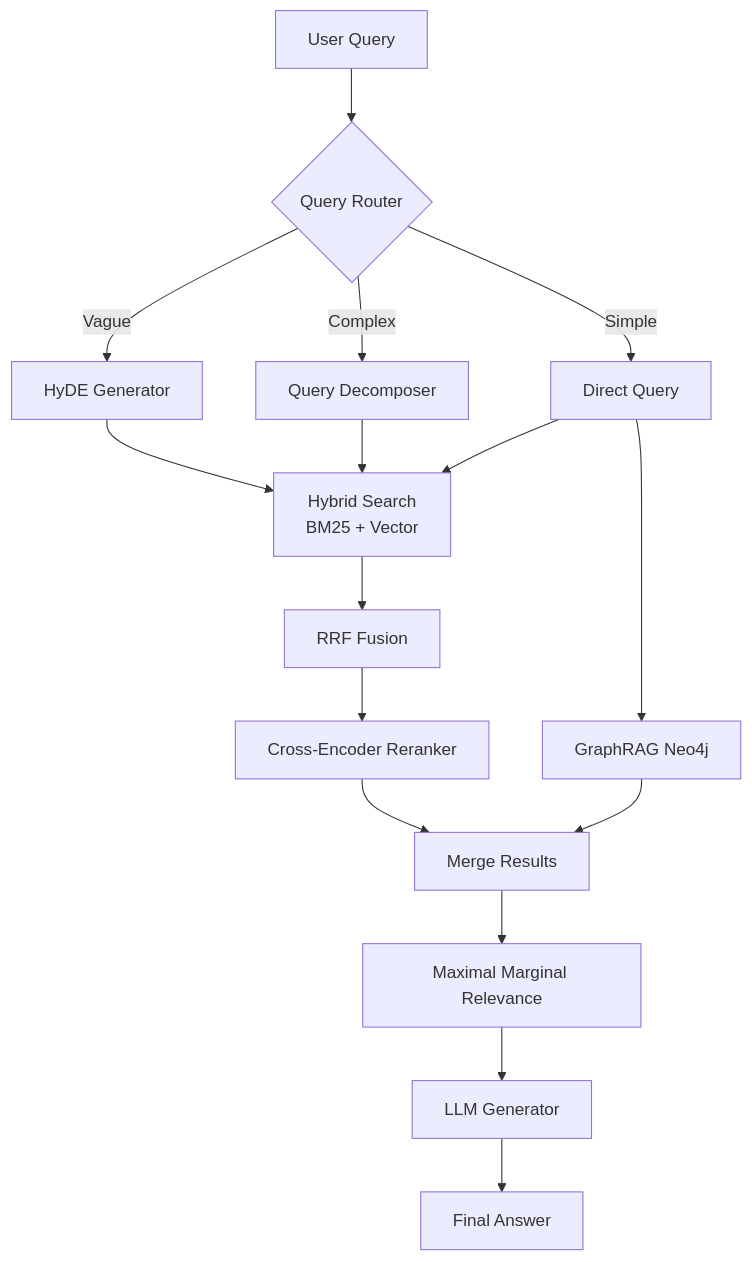
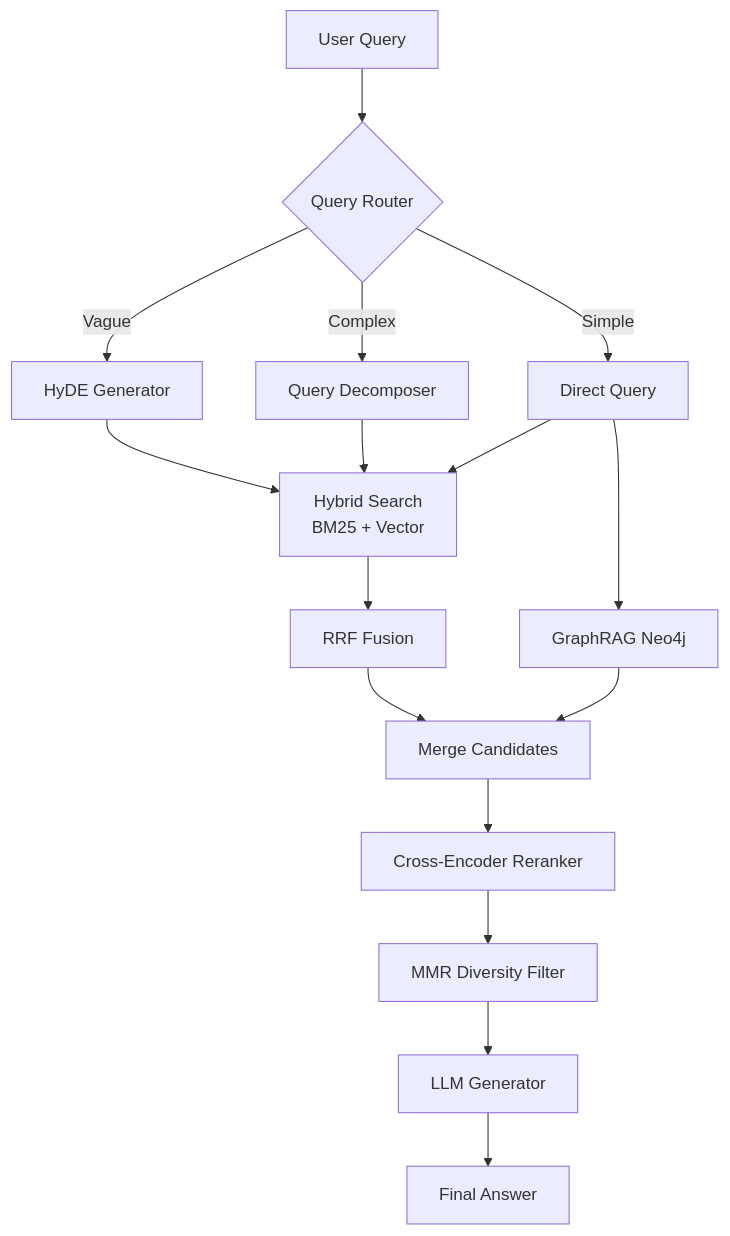
Before and after one commit to BaoNguyenz/Enterprise_RAG_system: the diagram in document_implement_plan/report_engineering.md, drawn with Mermaid. The commit also changed 1 other file, not shown here.

Commit message:
docs: correct Mermaid architecture diagrams to show Graph merging before reranking

````diff
--- a/document_implement_plan/report_engineering.md
+++ b/document_implement_plan/report_engineering.md
@@ -14,22 +14,22 @@
 ```mermaid
 graph TD
     UserQuery[User Query] --> Router{Query Router}
     
     Router -- Vague --> HyDE[HyDE Generator]
     Router -- Complex --> Decomp[Query Decomposer]
     Router -- Simple --> Normal[Direct Query]
     
     HyDE --> Hybrid[Hybrid Search\nBM25 + Vector]
     Decomp --> Hybrid
     Normal --> Hybrid
     Normal --> Graph[GraphRAG Neo4j]
     
     Hybrid --> RRF[RRF Fusion]
-    RRF --> Rerank[Cross-Encoder Reranker]
-    Graph --> Merge[Merge Results]
-    Rerank --> Merge
+    RRF --> Merge[Merge Candidates]
+    Graph --> Merge
     
-    Merge --> MMR[Maximal Marginal Relevance]
+    Merge --> Rerank[Cross-Encoder Reranker]
+    Rerank --> MMR[MMR Diversity Filter]
     MMR --> LLM[LLM Generator]
     LLM --> Answer[Final Answer]
 ```
````
